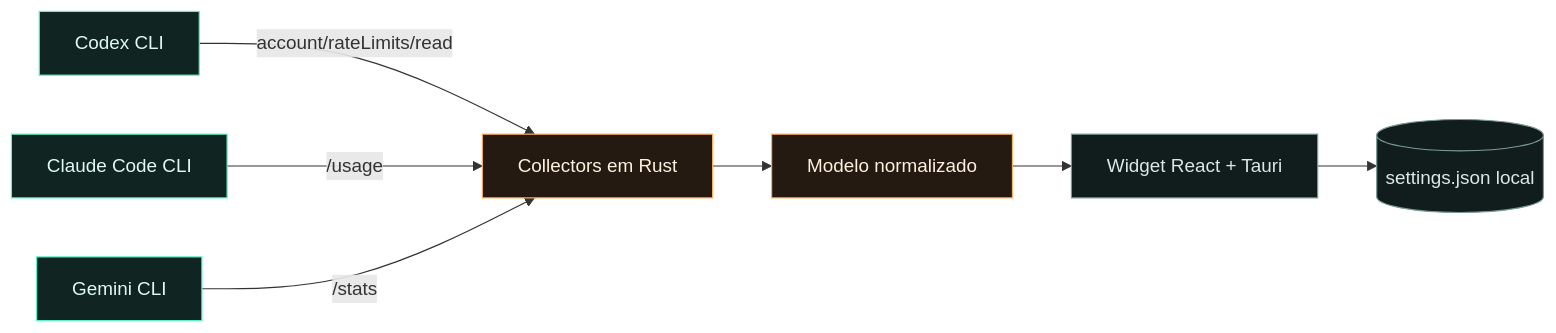
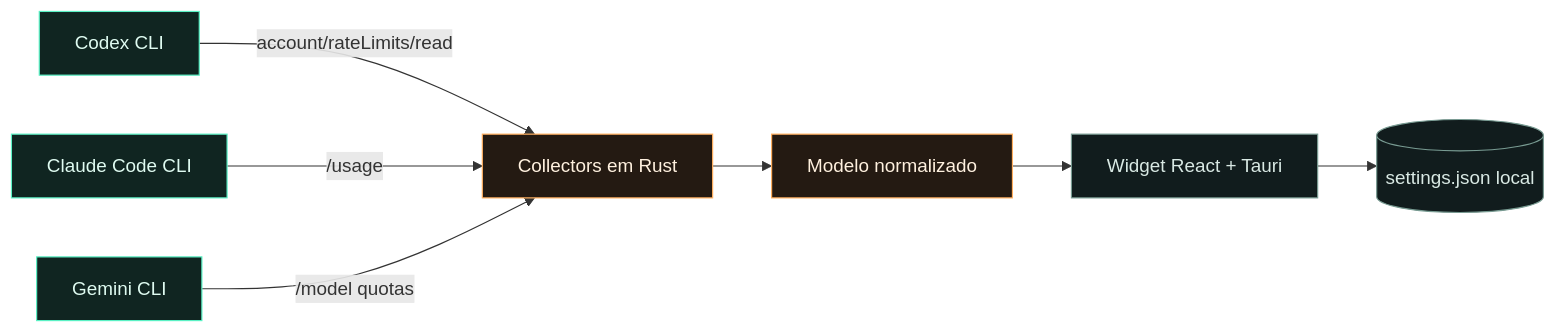
Before and after one commit to IsaacRop/LLM-Usage: the diagram in README.md, drawn with Mermaid. The commit also changed other lines of this file and 3 other files, not shown here.

````diff
--- a/README.md
+++ b/README.md
@@ -43,16 +43,16 @@
 ```mermaid
 flowchart LR
     C[Codex CLI] -->|account/rateLimits/read| R[Collectors em Rust]
     A[Claude Code CLI] -->|/usage| R
-    G[Gemini CLI] -->|/stats| R
+    G[Gemini CLI] -->|/model quotas| R
     R --> N[Modelo normalizado]
     N --> U[Widget React + Tauri]
     U --> S[(settings.json local)]
 
     classDef provider fill:#102521,stroke:#5af2c5,color:#dffbf1;
     classDef core fill:#241a12,stroke:#ffae5d,color:#fff1df;
     classDef ui fill:#111c1d,stroke:#789b92,color:#d9e9e4;
     class C,A,G provider;
     class R,N core;
     class U,S ui;
 ```
````
